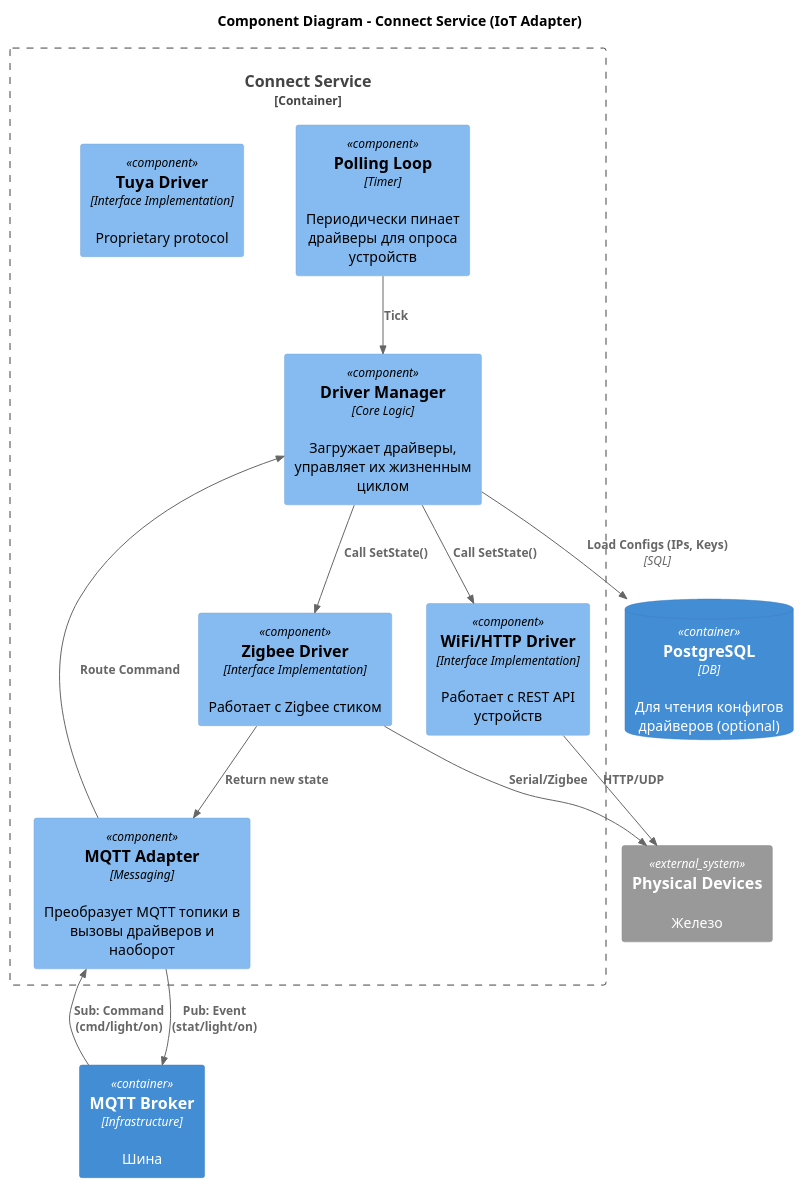
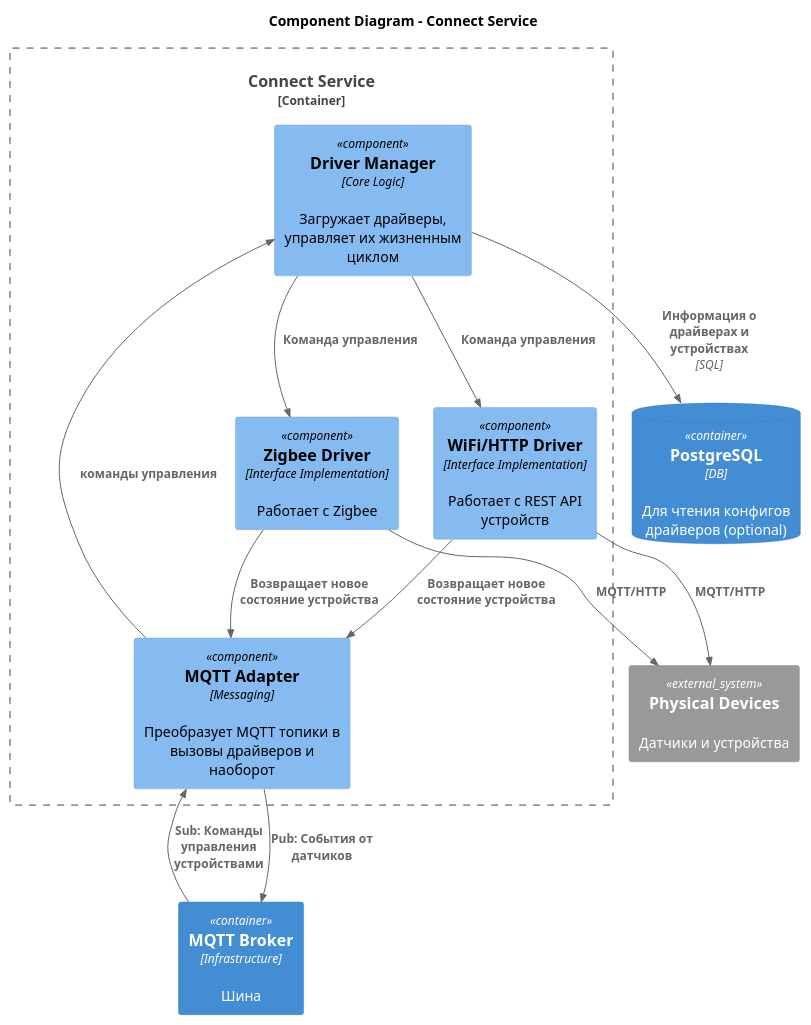
One commit to kalancha/architecture-course changed the diagram in architecture-warmhouse/apps/diagrams/ConnectServiceComponent.puml. Above: the diagram before and after it, drawn with PlantUML. The commit also changed 13 other files, not shown here.

Commit message:
C4 Plant UML Container

```diff
--- a/architecture-warmhouse/apps/diagrams/ConnectServiceComponent.puml
+++ b/architecture-warmhouse/apps/diagrams/ConnectServiceComponent.puml
@@ -1,45 +1,36 @@
 @startuml
 !include https://raw.githubusercontent.com/plantuml-stdlib/C4-PlantUML/master/C4_Component.puml
 
-title Component Diagram - Connect Service (IoT Adapter)
+title Component Diagram - Connect Service
+
 
 Container(broker, "MQTT Broker", "Infrastructure", "Шина")
 ContainerDb(db, "PostgreSQL", "DB", "Для чтения конфигов драйверов (optional)")
-System_Ext(hardware, "Physical Devices", "Железо")
+System_Ext(hardware, "Physical Devices", "Датчики и устройства")
 
 Container_Boundary(connect, "Connect Service") {
-
     Component(driver_manager, "Driver Manager", "Core Logic", "Загружает драйверы, управляет их жизненным циклом")
 
     Component(mqtt_adapter, "MQTT Adapter", "Messaging", "Преобразует MQTT топики в вызовы драйверов и наоборот")
 
-    Component(polling_scheduler, "Polling Loop", "Timer", "Периодически пинает драйверы для опроса устройств")
-
-    ' --- Driver Implementation ---
-    Component(driver_zigbee, "Zigbee Driver", "Interface Implementation", "Работает с Zigbee стиком")
+    Component(driver_zigbee, "Zigbee Driver", "Interface Implementation", "Работает с Zigbee")
     Component(driver_wifi, "WiFi/HTTP Driver", "Interface Implementation", "Работает с REST API устройств")
-    Component(driver_tuya, "Tuya Driver", "Interface Implementation", "Proprietary protocol")
 
 }
 
 ' Flow: Initialization
-Rel(driver_manager, db, "Load Configs (IPs, Keys)", "SQL")
+Rel(driver_manager, db, "Информация о драйверах и устройствах", "SQL")
 
-' Flow: Incoming Command from System
-Rel(broker, mqtt_adapter, "Sub: Command (cmd/light/on)")
-Rel(mqtt_adapter, driver_manager, "Route Command")
-Rel(driver_manager, driver_zigbee, "Call SetState()")
-Rel(driver_manager, driver_wifi, "Call SetState()")
+Rel(broker, mqtt_adapter, "Sub: Команды управления устройствами")
+Rel(mqtt_adapter, driver_manager, "команды управления")
+Rel(driver_manager, driver_zigbee, "Команда управления")
+Rel(driver_manager, driver_wifi, "Команда управления")
 
-' Flow: Polling
-Rel(polling_scheduler, driver_manager, "Tick")
+Rel(driver_zigbee, hardware, "MQTT/HTTP")
+Rel(driver_wifi, hardware, "MQTT/HTTP")
 
-' Flow: Hardware Communication
-Rel(driver_zigbee, hardware, "Serial/Zigbee")
-Rel(driver_wifi, hardware, "HTTP/UDP")
-
-' Flow: Event Reporting
-Rel(driver_zigbee, mqtt_adapter, "Return new state")
-Rel(mqtt_adapter, broker, "Pub: Event (stat/light/on)")
+Rel(driver_zigbee, mqtt_adapter, "Возвращает новое состояние устройства")
+Rel(driver_wifi, mqtt_adapter, "Возвращает новое состояние устройства")
+Rel(mqtt_adapter, broker, "Pub: События от датчиков")
 
 @enduml
```
